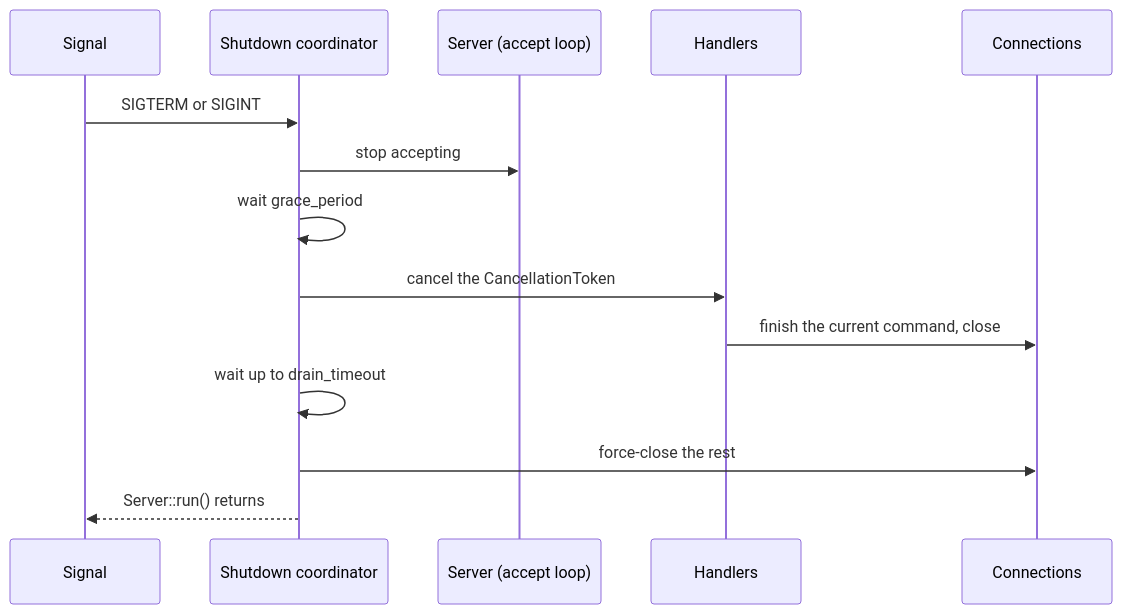
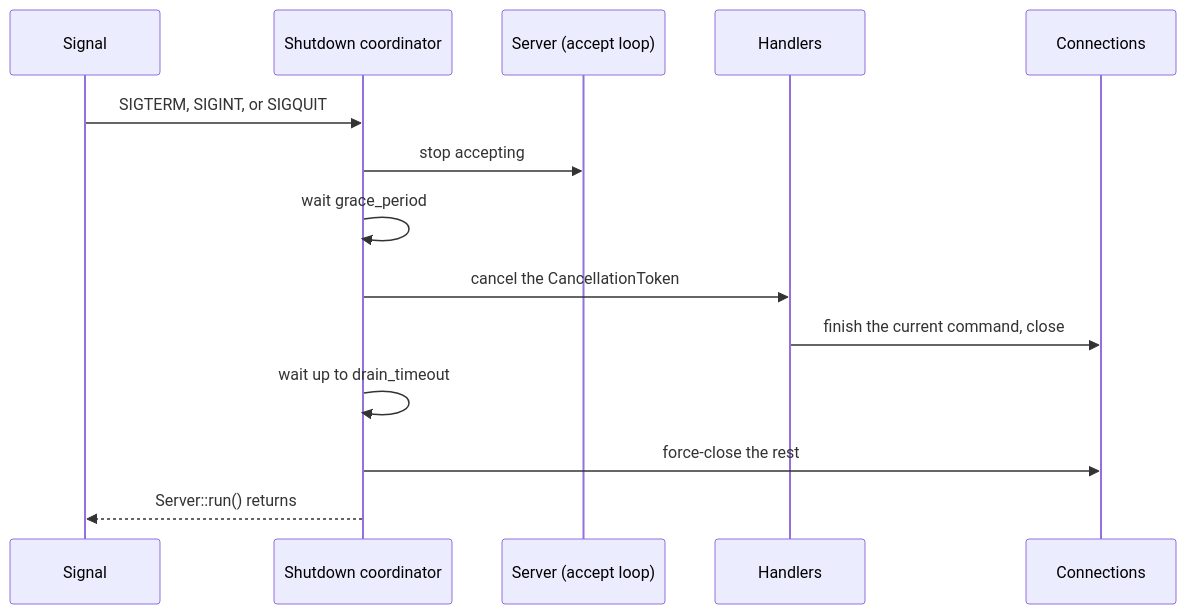
The sixth of 7 diagrams in docs/explanation/architecture.md (photom/rust-milter), drawn with Mermaid before and after one commit. The commit also changed other lines of this file and 41 other files, not shown here.

````diff
--- a/docs/explanation/architecture.md
+++ b/docs/explanation/architecture.md
@@ -305,17 +305,17 @@
 ```mermaid
 sequenceDiagram
     participant Signal
     participant Shutdown as Shutdown coordinator
     participant Server as Server (accept loop)
     participant Handlers
     participant Connections
 
-    Signal->>Shutdown: SIGTERM or SIGINT
+    Signal->>Shutdown: SIGTERM, SIGINT, or SIGQUIT
     Shutdown->>Server: stop accepting
     Shutdown->>Shutdown: wait grace_period
     Shutdown->>Handlers: cancel the CancellationToken
     Handlers->>Connections: finish the current command, close
     Shutdown->>Shutdown: wait up to drain_timeout
     Shutdown->>Connections: force-close the rest
     Shutdown-->>Signal: Server::run() returns
 ```
````
